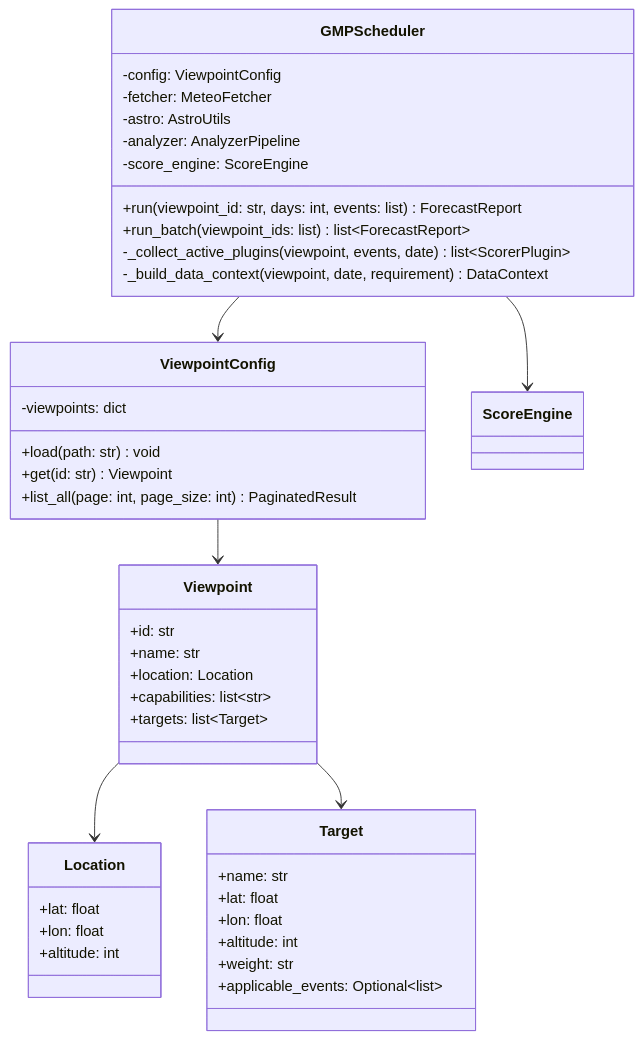
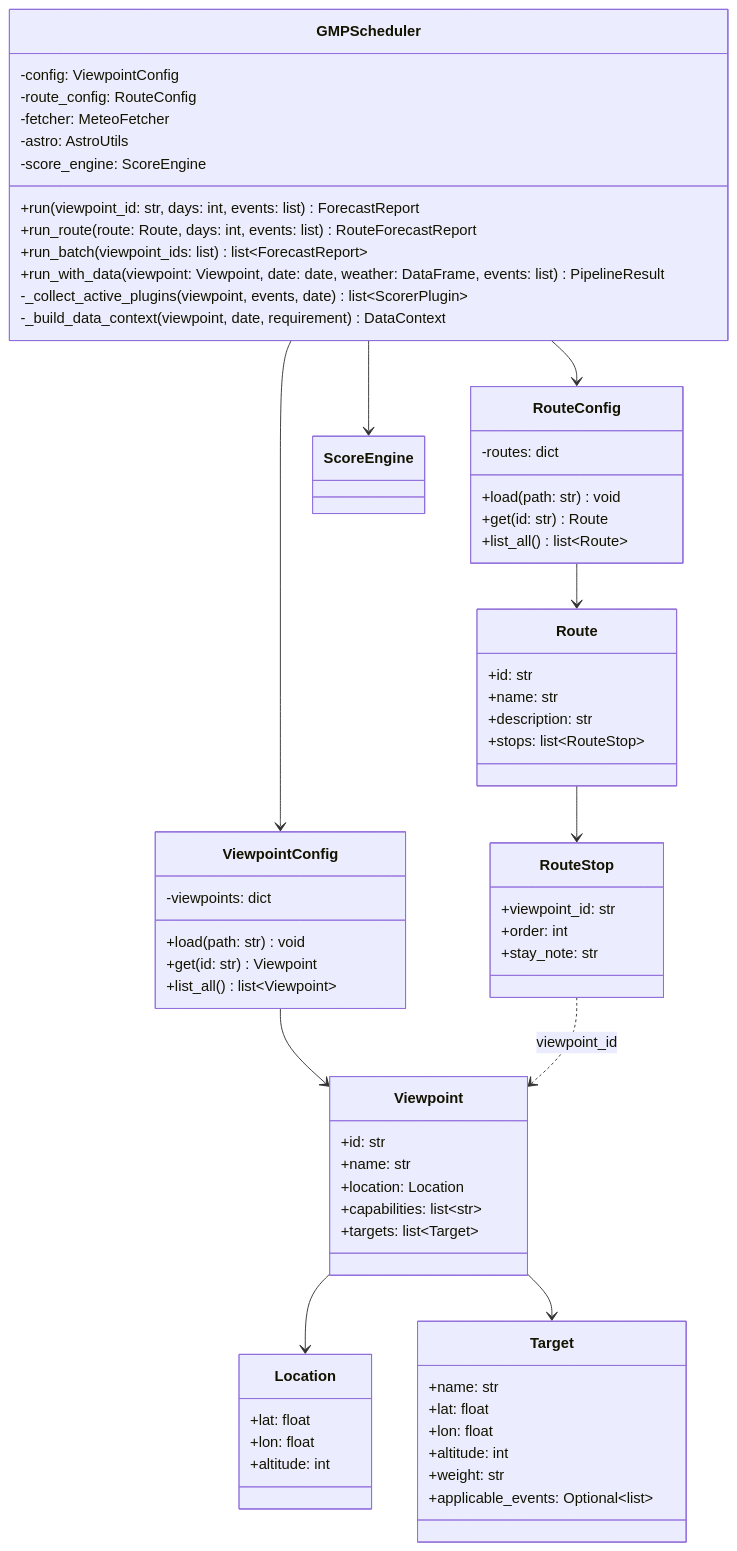
The first of 12 diagrams in design/06-class-sequence.md (mpb159753/golden-moment-predictor), drawn with Mermaid before and after one commit. The commit also changed other lines of this file and 9 other files, not shown here.

````diff
--- a/design/06-class-sequence.md
+++ b/design/06-class-sequence.md
@@ -5,50 +5,76 @@
 ```mermaid
 classDiagram
     class GMPScheduler {
         -config: ViewpointConfig
+        -route_config: RouteConfig
         -fetcher: MeteoFetcher
         -astro: AstroUtils
-        -analyzer: AnalyzerPipeline
         -score_engine: ScoreEngine
         +run(viewpoint_id: str, days: int, events: list) ForecastReport
+        +run_route(route: Route, days: int, events: list) RouteForecastReport
         +run_batch(viewpoint_ids: list) list~ForecastReport~
+        +run_with_data(viewpoint: Viewpoint, date: date, weather: DataFrame, events: list) PipelineResult
         -_collect_active_plugins(viewpoint, events, date) list~ScorerPlugin~
         -_build_data_context(viewpoint, date, requirement) DataContext
     }
 
     class ViewpointConfig {
         -viewpoints: dict
         +load(path: str) void
         +get(id: str) Viewpoint
-        +list_all(page: int, page_size: int) PaginatedResult
+        +list_all() list~Viewpoint~
+    }
+
+    class RouteConfig {
+        -routes: dict
+        +load(path: str) void
+        +get(id: str) Route
+        +list_all() list~Route~
+    }
+
+    class Route {
+        +id: str
+        +name: str
+        +description: str
+        +stops: list~RouteStop~
+    }
+
+    class RouteStop {
+        +viewpoint_id: str
+        +order: int
+        +stay_note: str
     }
 
     class Viewpoint {
         +id: str
         +name: str
         +location: Location
         +capabilities: list~str~
         +targets: list~Target~
     }
 
     class Location {
         +lat: float
         +lon: float
         +altitude: int
     }
 
     class Target {
         +name: str
         +lat: float
         +lon: float
         +altitude: int
         +weight: str
         +applicable_events: Optional~list~
     }
 
     GMPScheduler --> ViewpointConfig
+    GMPScheduler --> RouteConfig
     GMPScheduler --> ScoreEngine
     ViewpointConfig --> Viewpoint
+    RouteConfig --> Route
+    Route --> RouteStop
+    RouteStop ..> Viewpoint : viewpoint_id
     Viewpoint --> Location
     Viewpoint --> Target
 ```
````
